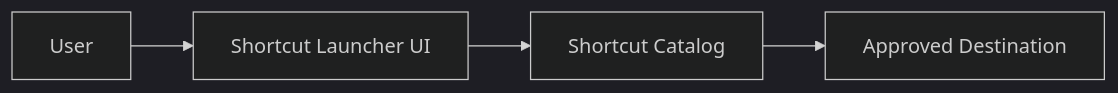
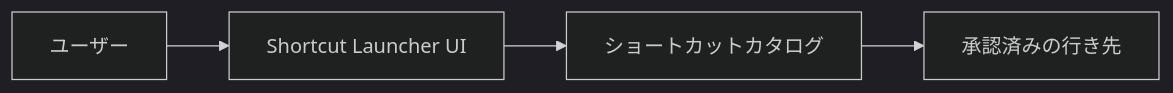
One commit to u27947ffd7j678Organization/shortcut-launcher-public changed the diagram in docs/architecture-overview.md. Above: the diagram before and after it, drawn with Mermaid (dark theme). The commit also changed other lines of this file and 8 other files, not shown here.

````diff
--- a/docs/architecture-overview.md
+++ b/docs/architecture-overview.md
@@ -7,6 +7,6 @@
 ```mermaid
 flowchart LR
-    User["User"] --> UI["Shortcut Launcher UI"]
-    UI --> Catalog["Shortcut Catalog"]
-    Catalog --> Destination["Approved Destination"]
+    User["ユーザー"] --> UI["Shortcut Launcher UI"]
+    UI --> Catalog["ショートカットカタログ"]
+    Catalog --> Destination["承認済みの行き先"]
 ```
````
